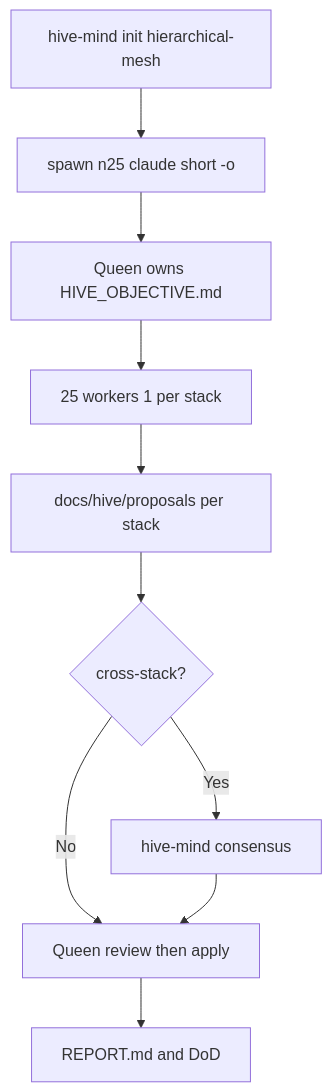
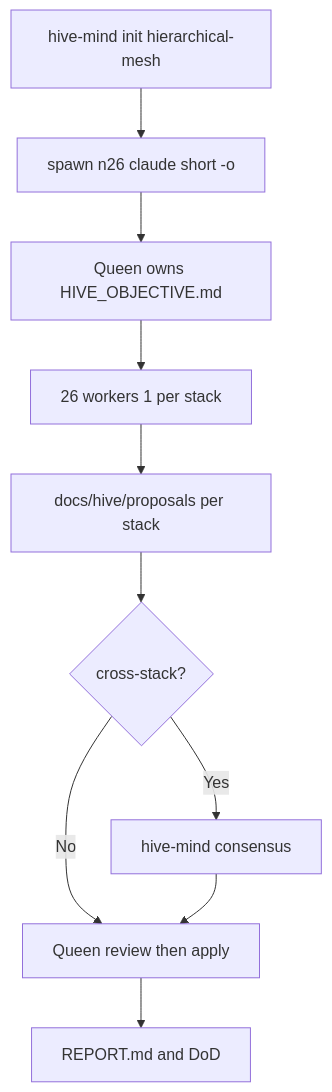
One commit to ofayese/dockge-ots changed the diagram in HIVE_OBJECTIVE.md. Above: the diagram before and after it, drawn with Mermaid. The commit also changed other lines of this file and 38 other files, not shown here.

````diff
--- a/HIVE_OBJECTIVE.md
+++ b/HIVE_OBJECTIVE.md
@@ -136,12 +136,12 @@
 ```mermaid
 flowchart TD
-  Init[hive-mind init hierarchical-mesh] --> Spawn[spawn n25 claude short -o]
+  Init[hive-mind init hierarchical-mesh] --> Spawn[spawn n26 claude short -o]
   Spawn --> Queen[Queen owns HIVE_OBJECTIVE.md]
-  Queen --> Fan[25 workers 1 per stack]
+  Queen --> Fan[26 workers 1 per stack]
   Fan --> P[docs/hive/proposals per stack]
   P --> X{cross-stack?}
   X -->|No| Apply[Queen review then apply]
   X -->|Yes| Cons[hive-mind consensus]
   Cons --> Apply
   Apply --> Close[REPORT.md and DoD]
 ```
````
